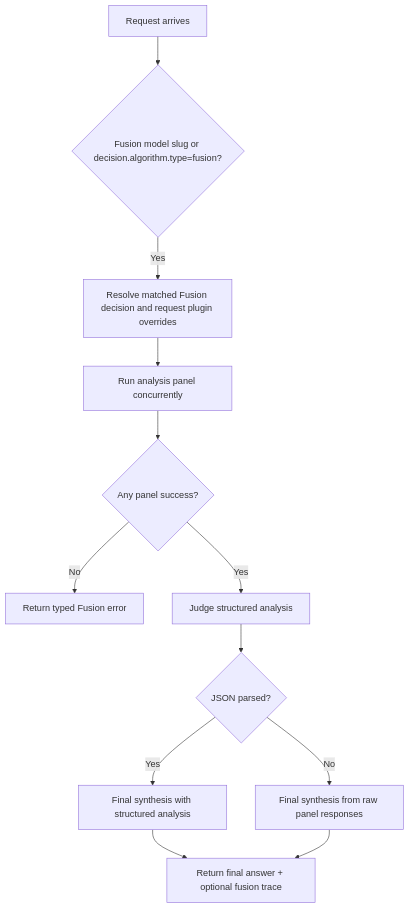
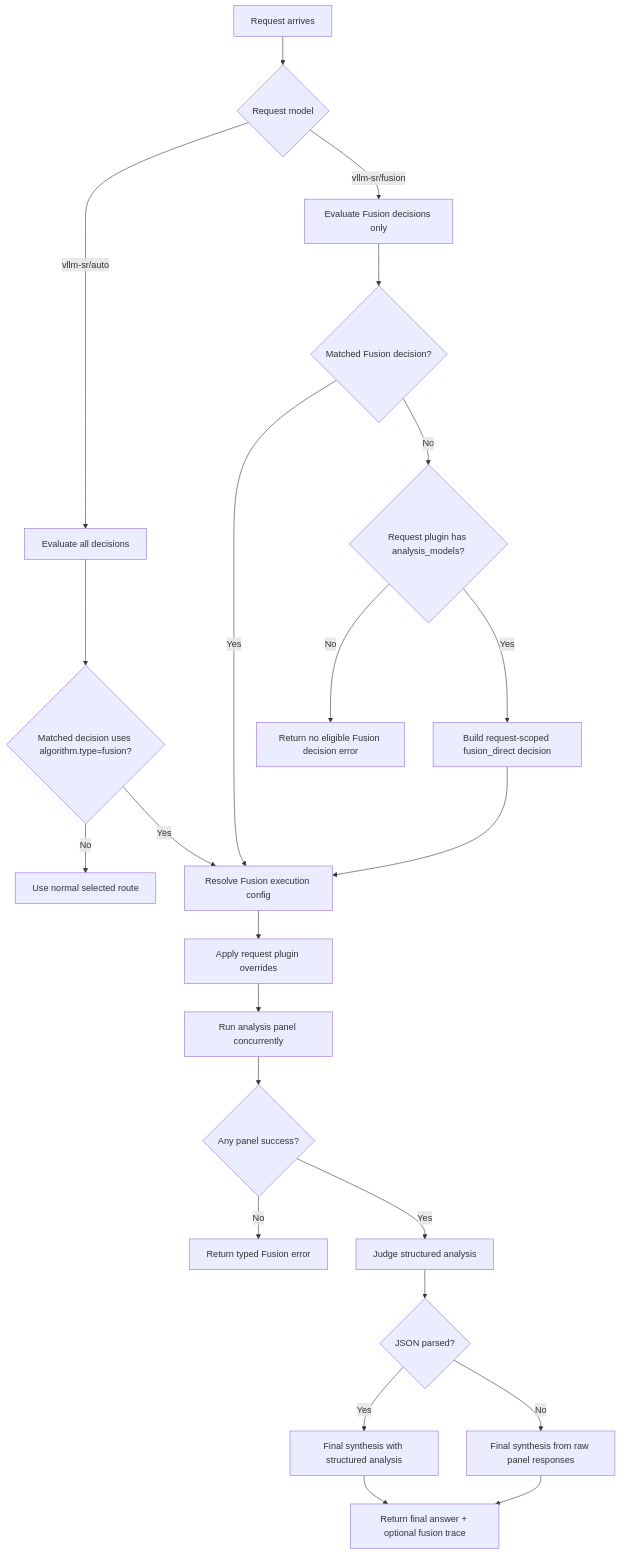
Before and after one commit to vllm-project/semantic-router: the diagram in website/docs/tutorials/algorithm/looper/fusion.md, drawn with Mermaid. The commit also changed other lines of this file and 24 other files, not shown here.

Commit message:
feat: align fusion and auto routing entries

````diff
--- a/website/docs/tutorials/algorithm/looper/fusion.md
+++ b/website/docs/tutorials/algorithm/looper/fusion.md
@@ -28,14 +29,25 @@
 ```mermaid
 flowchart TD
-    A[Request arrives] --> B{Fusion model slug or decision.algorithm.type=fusion?}
-    B -- Yes --> C[Resolve matched Fusion decision and request plugin overrides]
-    C --> D[Run analysis panel concurrently]
-    D --> E{Any panel success?}
-    E -- No --> F[Return typed Fusion error]
-    E -- Yes --> G[Judge structured analysis]
-    G --> H{JSON parsed?}
-    H -- Yes --> I[Final synthesis with structured analysis]
-    H -- No --> J[Final synthesis from raw panel responses]
-    I --> K[Return final answer + optional fusion trace]
-    J --> K
+    A[Request arrives] --> B{Request model}
+    B -- vllm-sr/auto --> C[Evaluate all decisions]
+    B -- vllm-sr/fusion --> D[Evaluate Fusion decisions only]
+    C --> E{Matched decision uses algorithm.type=fusion?}
+    D --> F{Matched Fusion decision?}
+    E -- No --> G[Use normal selected route]
+    E -- Yes --> H[Resolve Fusion execution config]
+    F -- Yes --> H
+    F -- No --> I{Request plugin has analysis_models?}
+    I -- No --> J[Return no eligible Fusion decision error]
+    I -- Yes --> K[Build request-scoped fusion_direct decision]
+    K --> H
+    H --> L[Apply request plugin overrides]
+    L --> M[Run analysis panel concurrently]
+    M --> N{Any panel success?}
+    N -- No --> O[Return typed Fusion error]
+    N -- Yes --> P[Judge structured analysis]
+    P --> Q{JSON parsed?}
+    Q -- Yes --> R[Final synthesis with structured analysis]
+    Q -- No --> S[Final synthesis from raw panel responses]
+    R --> T[Return final answer + optional fusion trace]
+    S --> T
 ```
````
